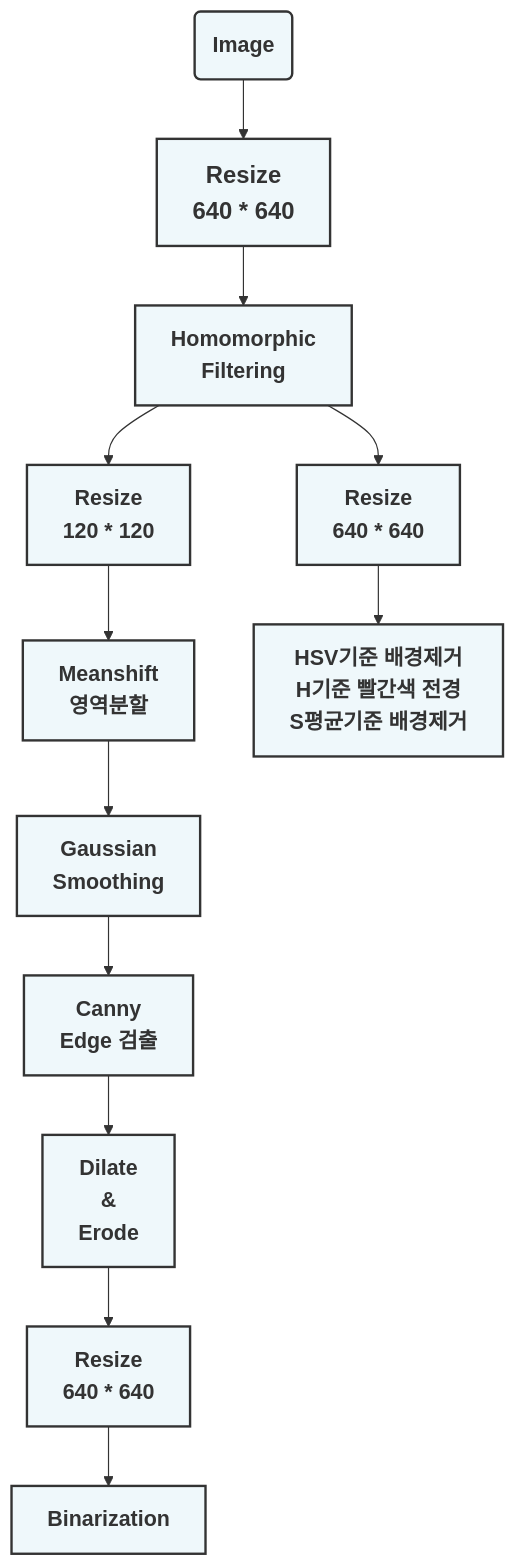
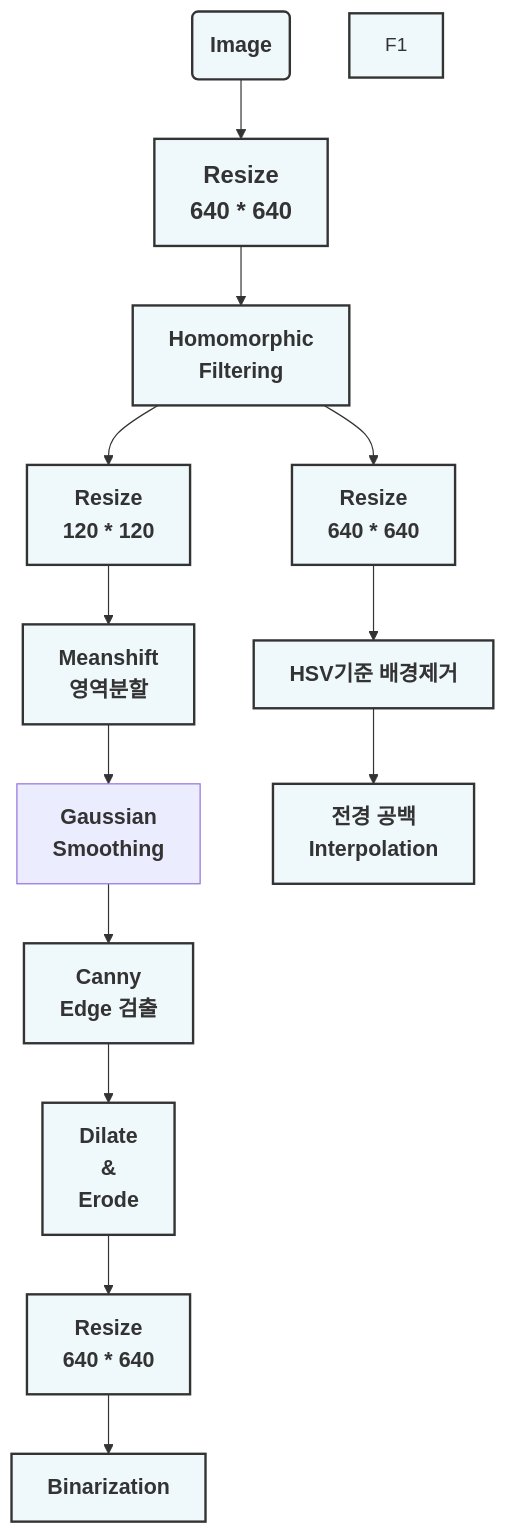
Before and after one commit to 201710808/-p: the second of 2 diagrams in Readme.md, drawn with Mermaid.

````diff
--- a/Readme.md
+++ b/Readme.md
@@ -13,30 +13,32 @@
 ```mermaid
 graph
 A(<b><span style='font-size:18px'>Image</span></b>)-->B[<b><span style='font-size:20px'>Resize<br>640 * 640</span></b>]
 B-->C[<b><span style='font-size:18px'>Homomorphic<br>Filtering</span></b>]
 C-->D1[<b><span style='font-size:18px'>Resize<br>120 * 120</span></b>]
 D1-->E1[<b><span style='font-size:18px'>Meanshift<br>영역분할</span></b>]
 E1-->F[<b><span style='font-size:18px'>Gaussian<br>Smoothing</span></b>]
 F-->G[<b><span style='font-size:18px'>Canny<br>Edge 검출</span></b>]
 G-->H[<b><span style='font-size:18px'>Dilate<br>&<br>Erode</span></b>]
 H-->I[<b><span style='font-size:18px'>Resize<br>640 * 640</span></b>]
 I-->J[<b><span style='font-size:18px'>Binarization</span></b>]
 
 C-->D2[<b><span style='font-size:18px'>Resize<br>640 * 640</span></b>]
-D2-->E2[<b><span style='font-size:18px'>HSV기준 배경제거<br>H기준 빨간색 전경<br>S평균기준 배경제거</span></b>]
+D2-->E2[<b><span style='font-size:18px'>HSV기준 배경제거</span></b>]
+E2-->F2[<b><span style='font-size:18px'>전경 공백<br>Interpolation</span></b>]
 
 
 style A fill:#EFF8FB ,stroke:#333,stroke-width:2px
 style B fill:#EFF8FB ,stroke:#333,stroke-width:2px
 style C fill:#EFF8FB ,stroke:#333,stroke-width:2px
 style D1 fill:#EFF8FB ,stroke:#333,stroke-width:2px
 style E1 fill:#EFF8FB ,stroke:#333,stroke-width:2px
-style F fill:#EFF8FB ,stroke:#333,stroke-width:2px
+style F1 fill:#EFF8FB ,stroke:#333,stroke-width:2px
 style G fill:#EFF8FB ,stroke:#333,stroke-width:2px
 style H fill:#EFF8FB ,stroke:#333,stroke-width:2px
 style I fill:#EFF8FB ,stroke:#333,stroke-width:2px
 style J fill:#EFF8FB ,stroke:#333,stroke-width:2px
 
 style D2 fill:#EFF8FB ,stroke:#333,stroke-width:2px
 style E2 fill:#EFF8FB ,stroke:#333,stroke-width:2px
+style F2 fill:#EFF8FB ,stroke:#333,stroke-width:2px
 ```
````
